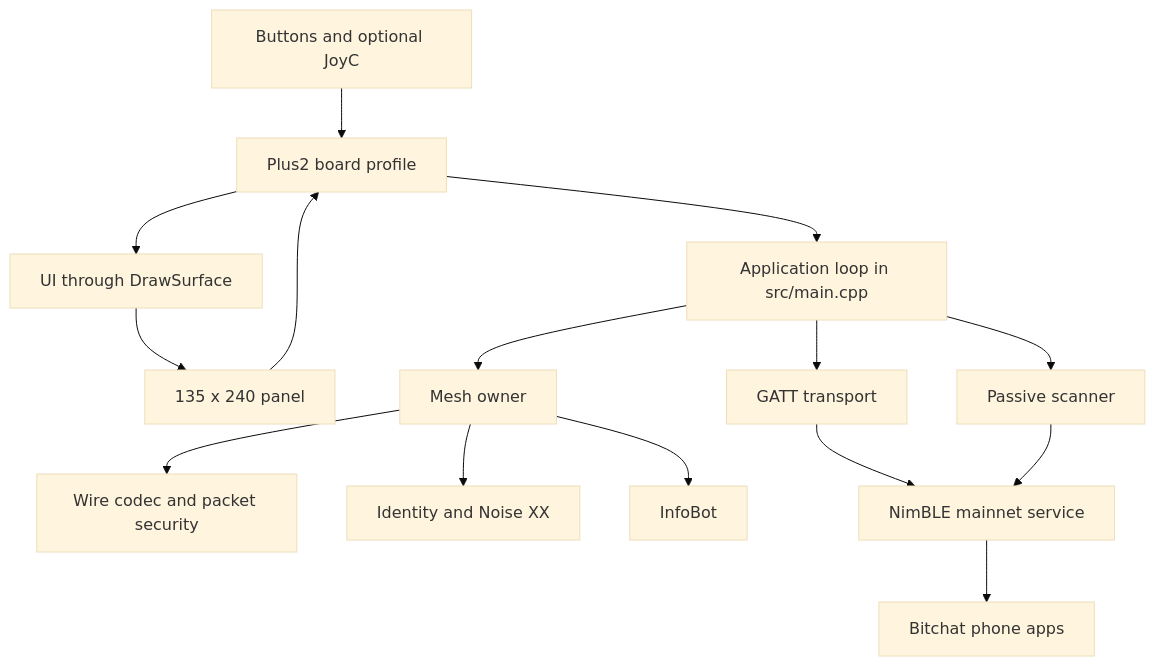
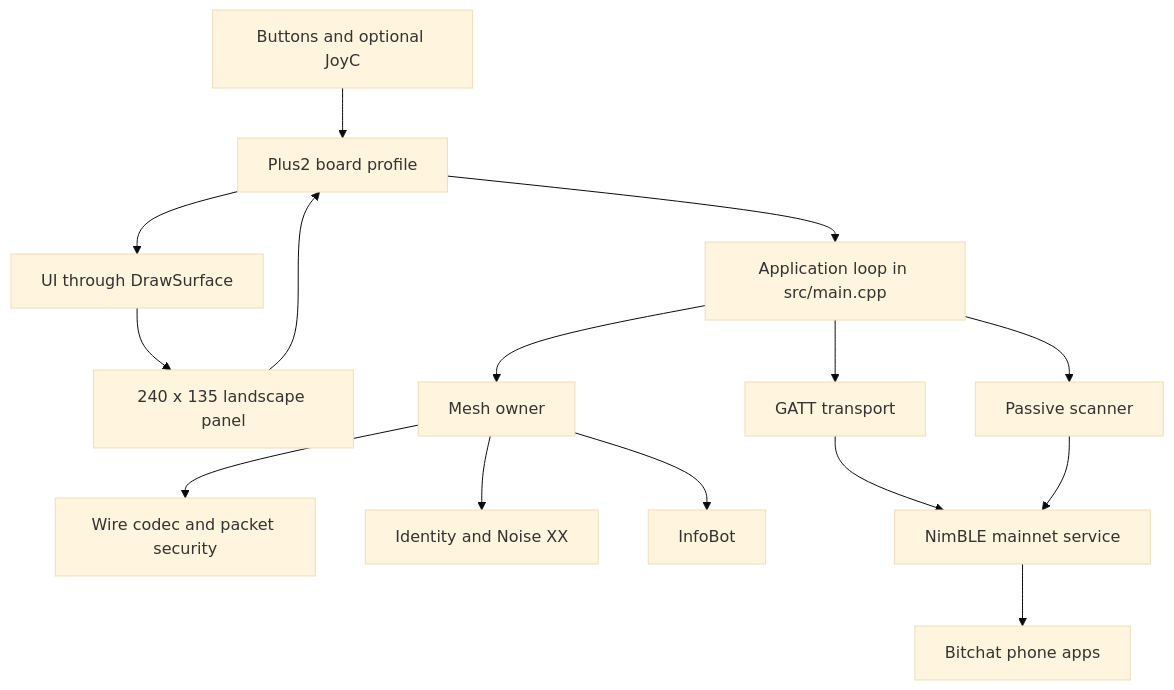
The diagram in documentation/architecture.md (wanderlima/bitchat-stick), drawn with Mermaid (base theme) before and after one commit. The commit also changed 199 other files, not shown here.

````diff
--- a/documentation/architecture.md
+++ b/documentation/architecture.md
@@ -5,17 +5,17 @@
 ```mermaid
 flowchart TD
   inputs[Buttons and optional JoyC] --> profile[Plus2 board profile]
-  panel[135 x 240 panel] --> profile
+  panel[240 x 135 landscape panel] --> profile
   profile --> loop[Application loop in src/main.cpp]
   loop --> scanner[Passive scanner]
   loop --> mesh[Mesh owner]
   loop --> transport[GATT transport]
   mesh --> codec[Wire codec and packet security]
   mesh --> noise[Identity and Noise XX]
   mesh --> bot[InfoBot]
   transport --> radio[NimBLE mainnet service]
   scanner --> radio
   radio --> phones[Bitchat phone apps]
   profile --> ui[UI through DrawSurface]
   ui --> panel
 ```
````
